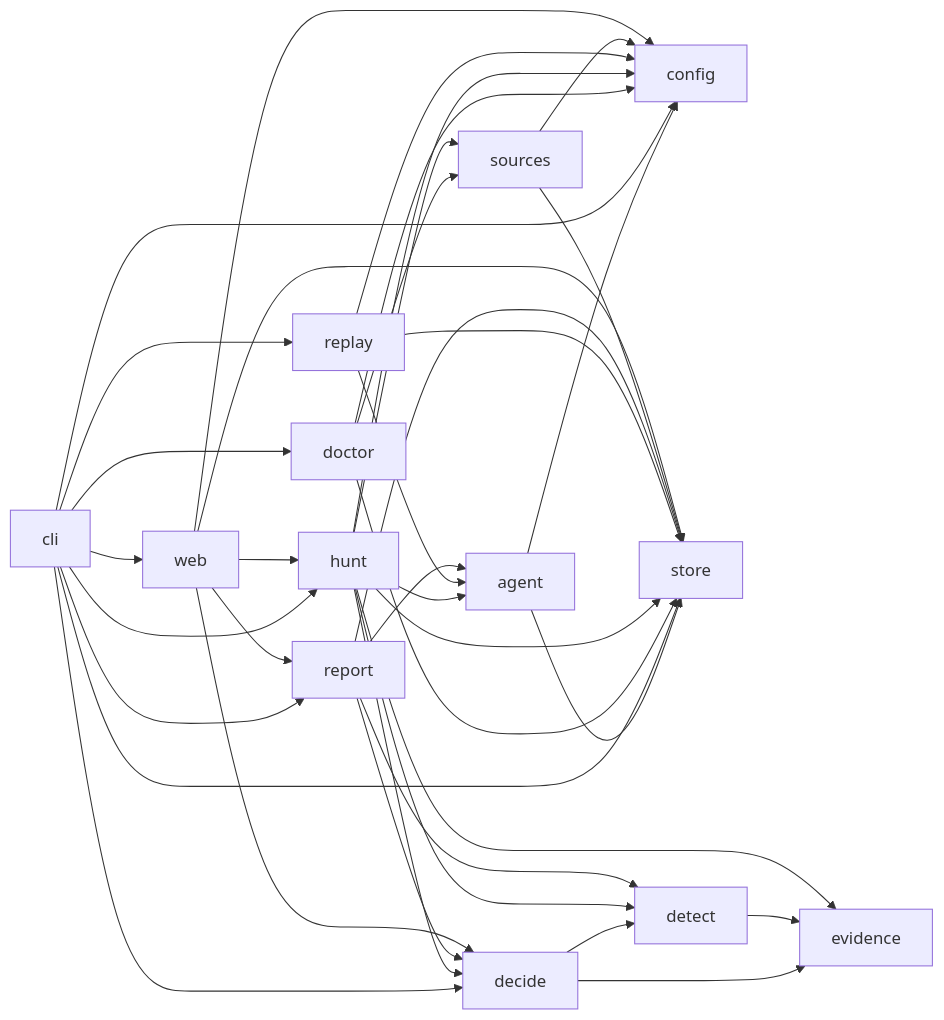
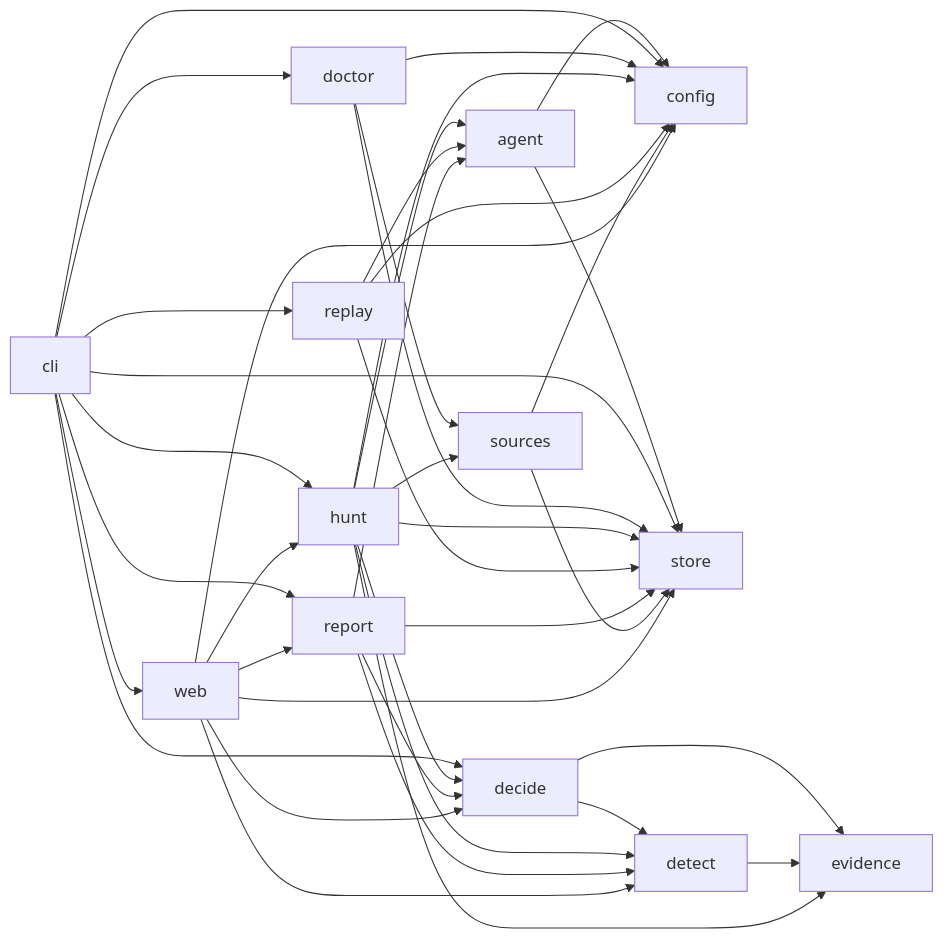
One commit to nickthabib-cloud/ROMULUS changed the diagram in docs/architecture/MODULE_MAP.md. Above: the diagram before and after it, drawn with Mermaid. The commit also changed other lines of this file and 11 other files, not shown here.

First line of the commit message:
feat(web): attack-path timeline with observed, inferred and analyst link styles (M3)

````diff
--- a/docs/architecture/MODULE_MAP.md
+++ b/docs/architecture/MODULE_MAP.md
@@ -83,40 +85,41 @@
 ```mermaid
 graph LR
   agent --> config
   agent --> store
   cli --> config
   cli --> decide
   cli --> doctor
   cli --> hunt
   cli --> replay
   cli --> report
   cli --> store
   cli --> web
   decide --> detect
   decide --> evidence
   detect --> evidence
   doctor --> config
   doctor --> sources
   doctor --> store
   hunt --> agent
   hunt --> config
   hunt --> decide
   hunt --> detect
   hunt --> evidence
   hunt --> sources
   hunt --> store
   replay --> agent
   replay --> config
   replay --> store
   report --> agent
   report --> decide
   report --> detect
   report --> store
   sources --> config
   sources --> store
   web --> config
   web --> decide
+  web --> detect
   web --> hunt
   web --> report
   web --> store
 ```
````
